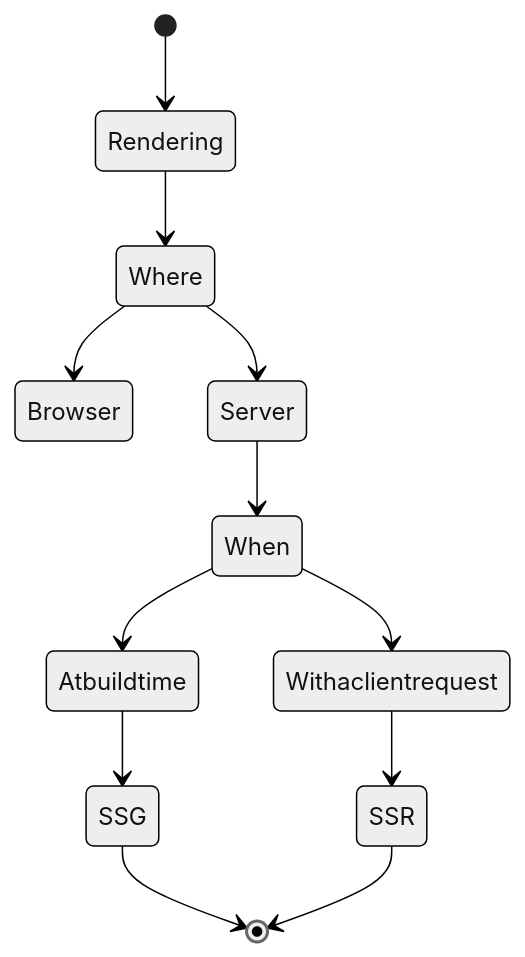
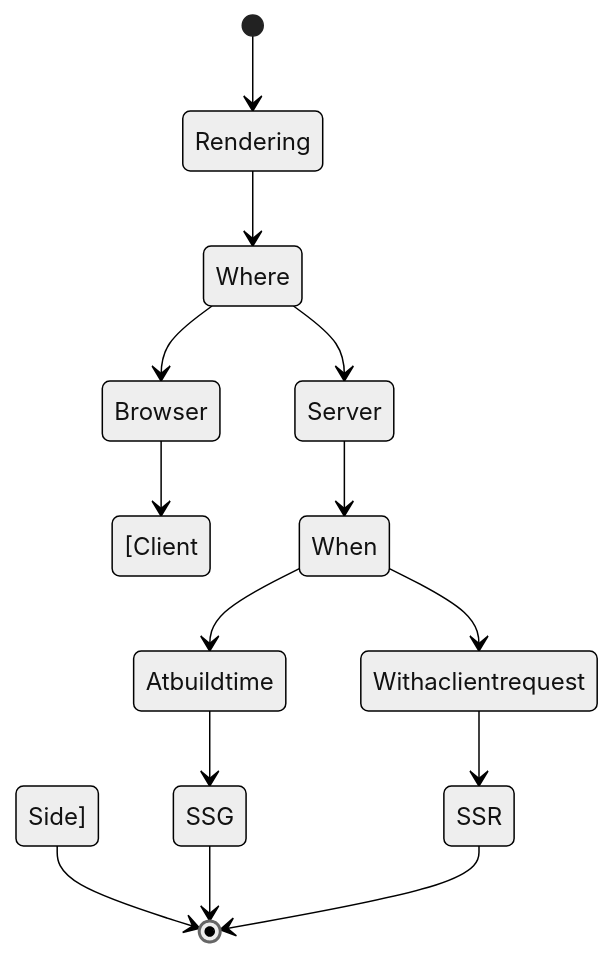
The third of 3 diagrams in Mobile App Resources and tools.md (gsoulie/Mobile-App-Development), drawn with Mermaid (neutral theme) before and after one commit.

Commit message:
Update Mobile App Resources and tools.md

`````diff
--- a/Mobile App Resources and tools.md
+++ b/Mobile App Resources and tools.md
@@ -49,15 +49,17 @@
 ````mermaid
 stateDiagram-v2
 [*] --> Rendering
 
 Rendering --> Where
 Where --> Browser
+Browser --> [Client Side]
+[Client Side] --> [*]
 Where --> Server
 Server --> When
 When --> Atbuildtime
 Atbuildtime --> SSG
 SSG --> [*]
 When --> Withaclientrequest
 Withaclientrequest --> SSR
 SSR --> [*]
 ````
`````
